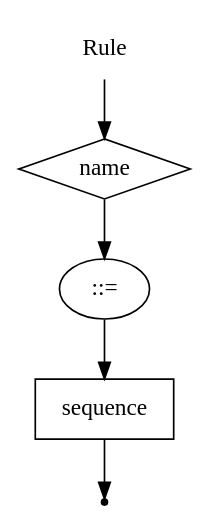
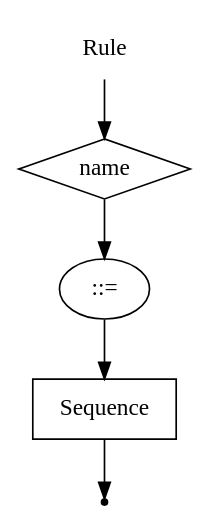
The diagram in DSLTools/examples/rbnf/wirth/Rule.gv (EgorGoluzin/DSL), drawn with Graphviz before and after one commit.

Commit message:
sequence to Sequence

```diff
--- a/DSLTools/examples/rbnf/wirth/Rule.gv
+++ b/DSLTools/examples/rbnf/wirth/Rule.gv
@@ -1,11 +1,11 @@
 digraph Rule {
     start [label = "Rule" shape = plaintext];
     end [label = "" shape = point];
     A [label = "name" shape = diamond];
     B [label = "::=" shape = oval];
-    C [label = "sequence" shape = box];
+    C [label = "Sequence" shape = box];
     start -> A;
     A -> B;
     B -> C;
     C -> end;
 }
```
